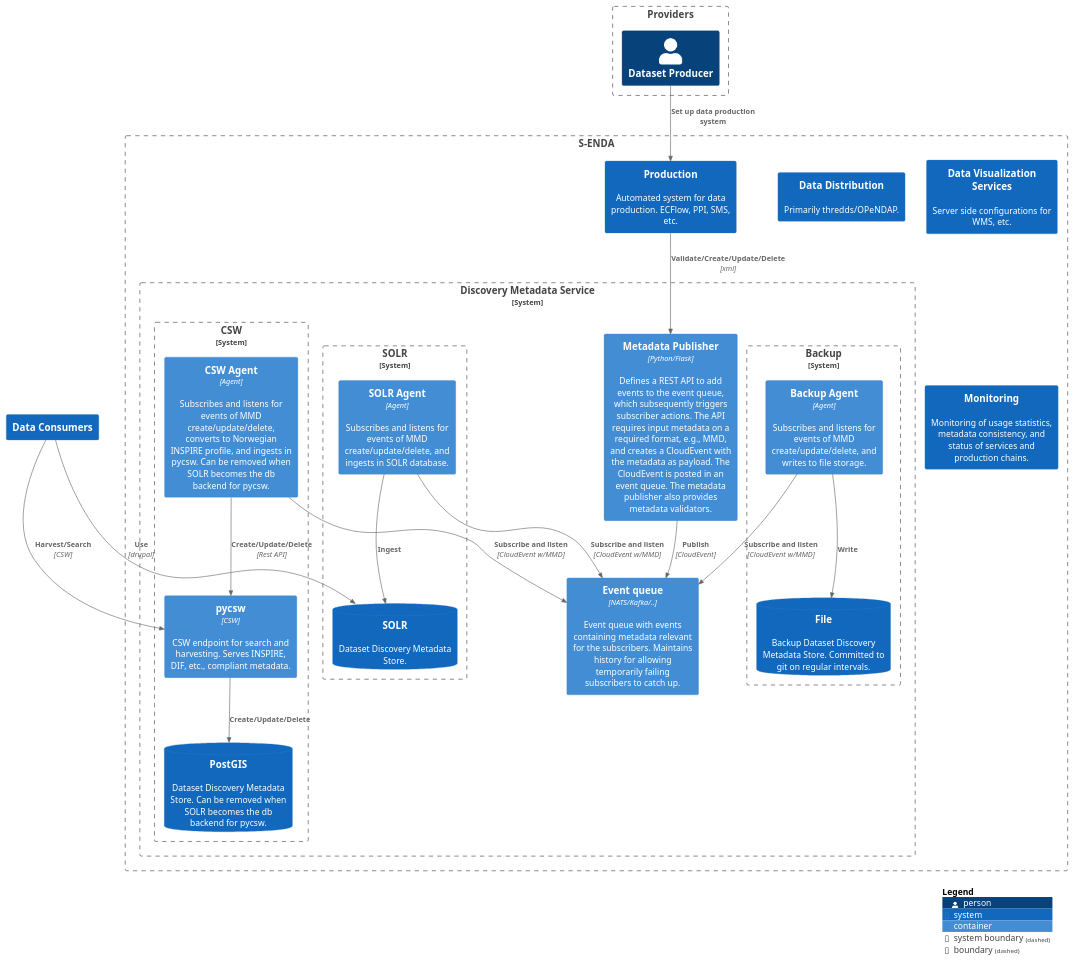
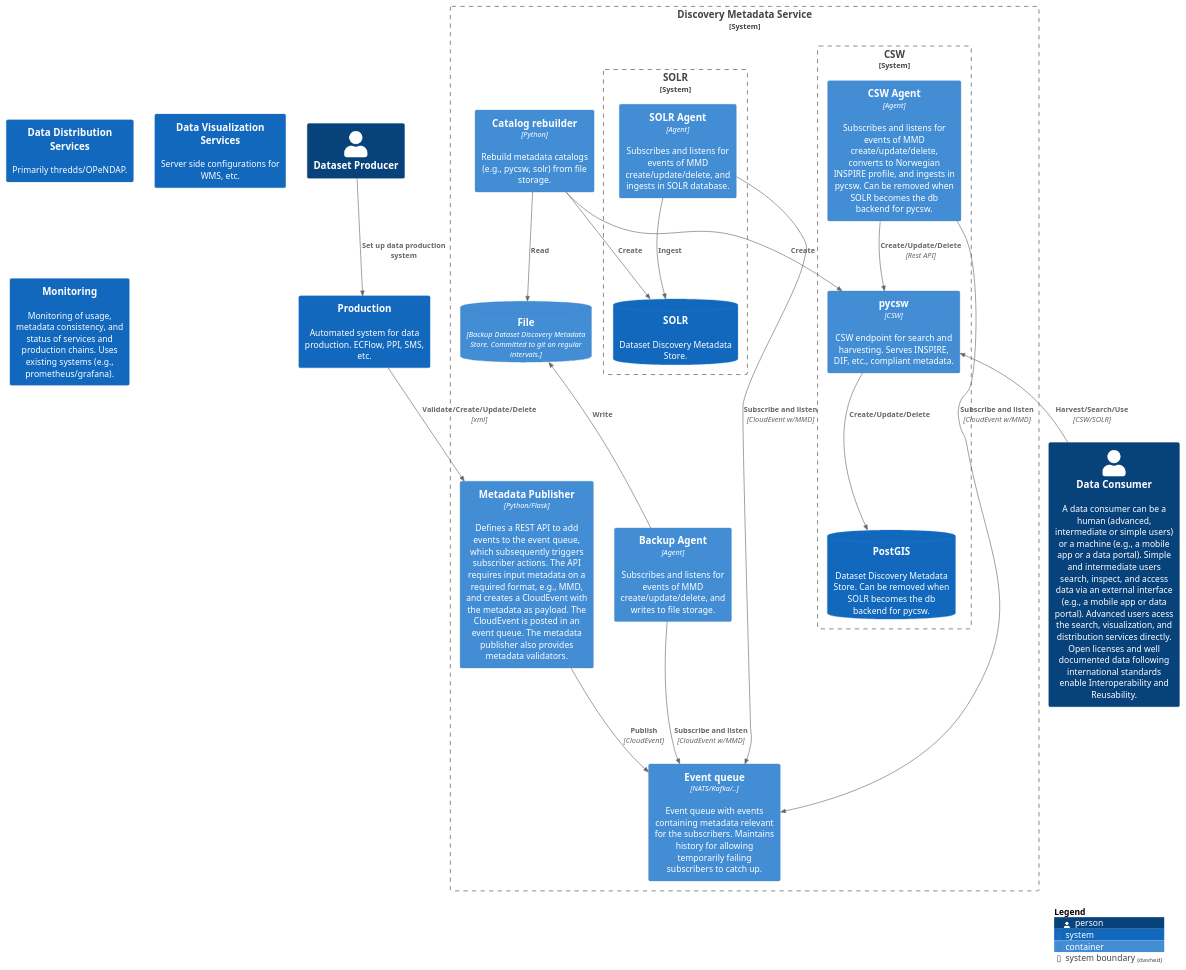
One commit to metno/S-ENDA-documentation changed the diagram in source/puml/architecture/S-ENDA-discovery-metadata-service-container-diagram.puml. Above: the diagram before and after it, drawn with PlantUML. The commit also changed 3 other files, not shown here.

```diff
--- a/source/puml/architecture/S-ENDA-discovery-metadata-service-container-diagram.puml
+++ b/source/puml/architecture/S-ENDA-discovery-metadata-service-container-diagram.puml
@@ -1,67 +1,61 @@
 @startuml S-ENDA-metadata-service-container-diagram
 !include https://raw.githubusercontent.com/plantuml-stdlib/C4-PlantUML/master/C4_Container.puml
 
 LAYOUT_TOP_DOWN()
 
-Boundary(providers, "Providers") {
-    Person(dataprovider, "Dataset Producer")
+Person(consumers, "Data Consumer", "A data consumer can be a human (advanced, intermediate or simple users) or a machine (e.g., a mobile app or a data portal). Simple and intermediate users search, inspect, and access data via an external interface (e.g., a mobile app or data portal). Advanced users acess the search, visualization, and distribution services directly. Open licenses and well documented data following international standards enable Interoperability and Reusability.")
+
+Person(dataproducer, "Dataset Producer")
+
+System(productionhub, "Production", "Automated system for data production. ECFlow, PPI, SMS, etc.")
+System(dist_systems, "Data Distribution Services", "Primarily thredds/OPeNDAP.")
+System(vis_systems, "Data Visualization Services", "Server side configurations for WMS, etc.")
+System(monitoring, "Monitoring", "Monitoring of usage, metadata consistency, and status of services and production chains. Uses existing systems (e.g., prometheus/grafana).")
+
+System_Boundary(mserviceSystem, "Discovery Metadata Service") {
+  Container(dmci, "Metadata Publisher", "Python/Flask", "Defines a REST API to add events to the event queue, which subsequently triggers subscriber actions. The API requires input metadata on a required format, e.g., MMD, and creates a CloudEvent with the metadata as payload. The CloudEvent is posted in an event queue. The metadata publisher also provides metadata validators.")
+
+  Container(queue, "Event queue", "NATS/Kafka/..", "Event queue with events containing metadata relevant for the subscribers. Maintains history for allowing temporarily failing subscribers to catch up.")
+
+  Container(metadata_store, "Backup Agent", "Agent", "Subscribes and listens for events of MMD create/update/delete, and writes to file storage.")
+  ContainerDb(file, "File", "Backup Dataset Discovery Metadata Store. Committed to git on regular intervals.")
+
+  System_Boundary(solrsyst, "SOLR") {
+    Container(solr_agent, "SOLR Agent", "Agent", "Subscribes and listens for events of MMD create/update/delete, and ingests in SOLR database.")
+    SystemDb(solr, "SOLR", "Dataset Discovery Metadata Store.")
+  }
+
+  System_Boundary(csw, "CSW") {
+    Container(csw_agent, "CSW Agent", "Agent", "Subscribes and listens for events of MMD create/update/delete, converts to Norwegian INSPIRE profile, and ingests in pycsw. Can be removed when SOLR becomes the db backend for pycsw.")
+    Container(csapi, "pycsw", "CSW", "CSW endpoint for search and harvesting. Serves INSPIRE, DIF, etc., compliant metadata.")
+    SystemDb(postgis, "PostGIS", "Dataset Discovery Metadata Store. Can be removed when SOLR becomes the db backend for pycsw.")
+  }
+
+  Container(rebuilder, "Catalog rebuilder", "Python", "Rebuild metadata catalogs (e.g., pycsw, solr) from file storage.")
+
+  Rel(dmci, queue, "Publish", "CloudEvent")
+  Rel(rebuilder, file, "Read")
+  Rel(rebuilder, solr, "Create")
+  Rel(rebuilder, csapi, "Create")
+  Rel_U(metadata_store, file, "Write")
+  Rel(metadata_store, queue, "Subscribe and listen", "CloudEvent w/MMD")
+  Rel(solr_agent, solr, "Ingest")
+  Rel(solr_agent, queue, "Subscribe and listen", "CloudEvent w/MMD")
+  Rel(csw_agent, csapi, "Create/Update/Delete", "Rest API")
+  Rel(csw_agent, queue, "Subscribe and listen", "CloudEvent w/MMD")
+  Rel(csapi, postgis, "Create/Update/Delete")
+  Rel(productionhub, dmci, "Validate/Create/Update/Delete", "xml")
+
 }
 
-Boundary(systems, "S-ENDA") {
-  System(productionhub, "Production", "Automated system for data production. ECFlow, PPI, SMS, etc.")
-  System(dist_systems, "Data Distribution", "Primarily thredds/OPeNDAP.")
-  System(vis_systems, "Data Visualization Services", "Server side configurations for WMS, etc.")
-  System(monitoring, "Monitoring", "Monitoring of usage statistics, metadata consistency, and status of services and production chains.")
-  System_Boundary(mserviceSystem, "Discovery Metadata Service") {
-    Container(dmci, "Metadata Publisher", "Python/Flask", "Defines a REST API to add events to the event queue, which subsequently triggers subscriber actions. The API requires input metadata on a required format, e.g., MMD, and creates a CloudEvent with the metadata as payload. The CloudEvent is posted in an event queue. The metadata publisher also provides metadata validators.")
+Rel_D(dataproducer, productionhub, "Set up data production system")
 
-    Container(queue, "Event queue", "NATS/Kafka/..", "Event queue with events containing metadata relevant for the subscribers. Maintains history for allowing temporarily failing subscribers to catch up.")
 
-    Rel(dmci, queue, "Publish", "CloudEvent")
-
-    System_Boundary(backup, "Backup") {
-      Container(metadata_store, "Backup Agent", "Agent", "Subscribes and listens for events of MMD create/update/delete, and writes to file storage.")
-      SystemDb(file, "File", "Backup Dataset Discovery Metadata Store. Committed to git on regular intervals.")
-    }
-
-    Rel(metadata_store, file, "Write")
-    Rel(metadata_store, queue, "Subscribe and listen", "CloudEvent w/MMD")
-
-    System_Boundary(solrsyst, "SOLR") {
-      Container(solr_agent, "SOLR Agent", "Agent", "Subscribes and listens for events of MMD create/update/delete, and ingests in SOLR database.")
-      SystemDb(solr, "SOLR", "Dataset Discovery Metadata Store.")
-    }
-
-    Rel(solr_agent, solr, "Ingest")
-    Rel(solr_agent, queue, "Subscribe and listen", "CloudEvent w/MMD")
-
-    System_Boundary(csw, "CSW") {
-      Container(csw_agent, "CSW Agent", "Agent", "Subscribes and listens for events of MMD create/update/delete, converts to Norwegian INSPIRE profile, and ingests in pycsw. Can be removed when SOLR becomes the db backend for pycsw.")
-      Container(csapi, "pycsw", "CSW", "CSW endpoint for search and harvesting. Serves INSPIRE, DIF, etc., compliant metadata.")
-      SystemDb(postgis, "PostGIS", "Dataset Discovery Metadata Store. Can be removed when SOLR becomes the db backend for pycsw.")
-    }
-
-    Rel(csw_agent, csapi, "Create/Update/Delete", "Rest API")
-    Rel(csw_agent, queue, "Subscribe and listen", "CloudEvent w/MMD")
-    Rel(csapi, postgis, "Create/Update/Delete")
-
-    Rel(productionhub, dmci, "Validate/Create/Update/Delete", "xml")
-
-    'Container(web_app, "Web Application", "HTML", "<b>Optional.</b> Provides functionality to register dataset and service metadata, display dataset and service usage statistics, production status, and monitor metadata to display errors and warnings (e.g., about dead links).")
-
-  }
-}
-
-System(consumers, "Data Consumers")
-
-Rel(dataprovider, productionhub, "Set up data production system")
-
-Rel(consumers, csapi, "Harvest/Search", "CSW")
-Rel(consumers, solr, "Use", "drupal")
+Rel_U(consumers, csapi, "Harvest/Search/Use", "CSW/SOLR")
 
 'Rel(productionhub, dist_systems, "Store", "ACDD compliant netCDF-CF files")
-'Rel(dataprovider, web_app, "Check dataset statistics and metadata consistency/status.")
+'Rel(dataproducer, web_app, "Check dataset statistics and metadata consistency/status.")
 
 SHOW_LEGEND()
 
 @enduml
```
